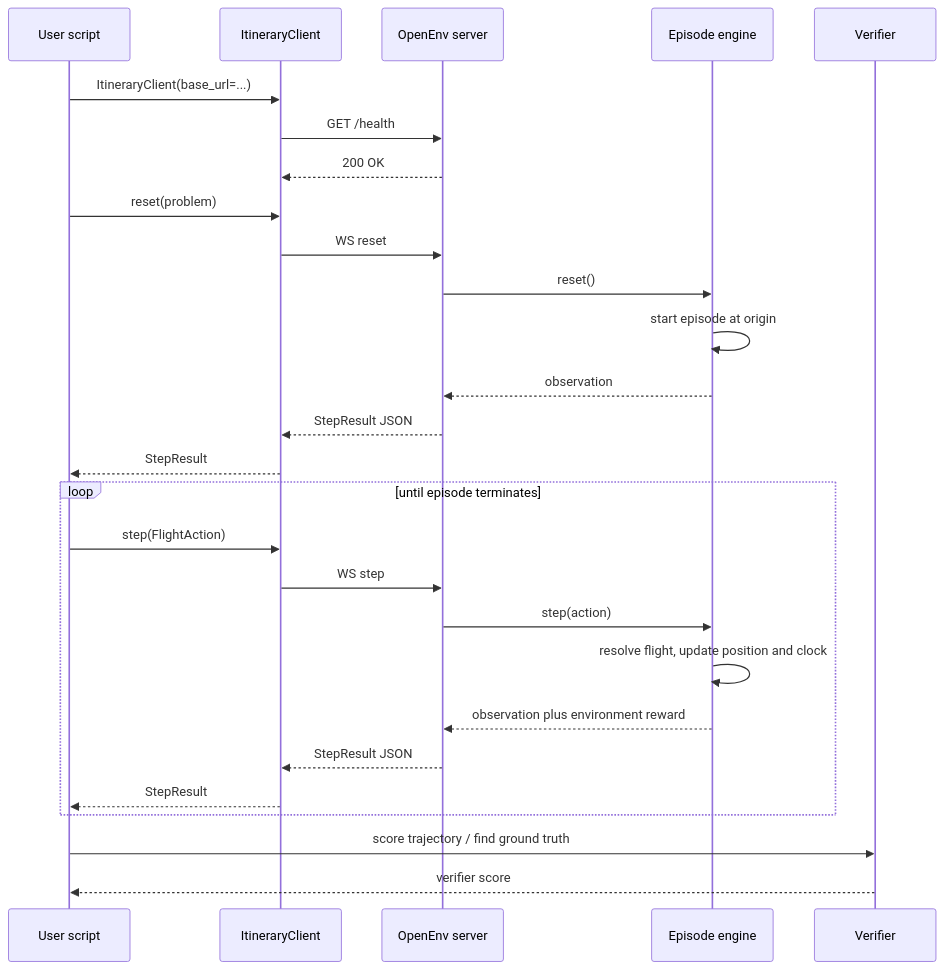
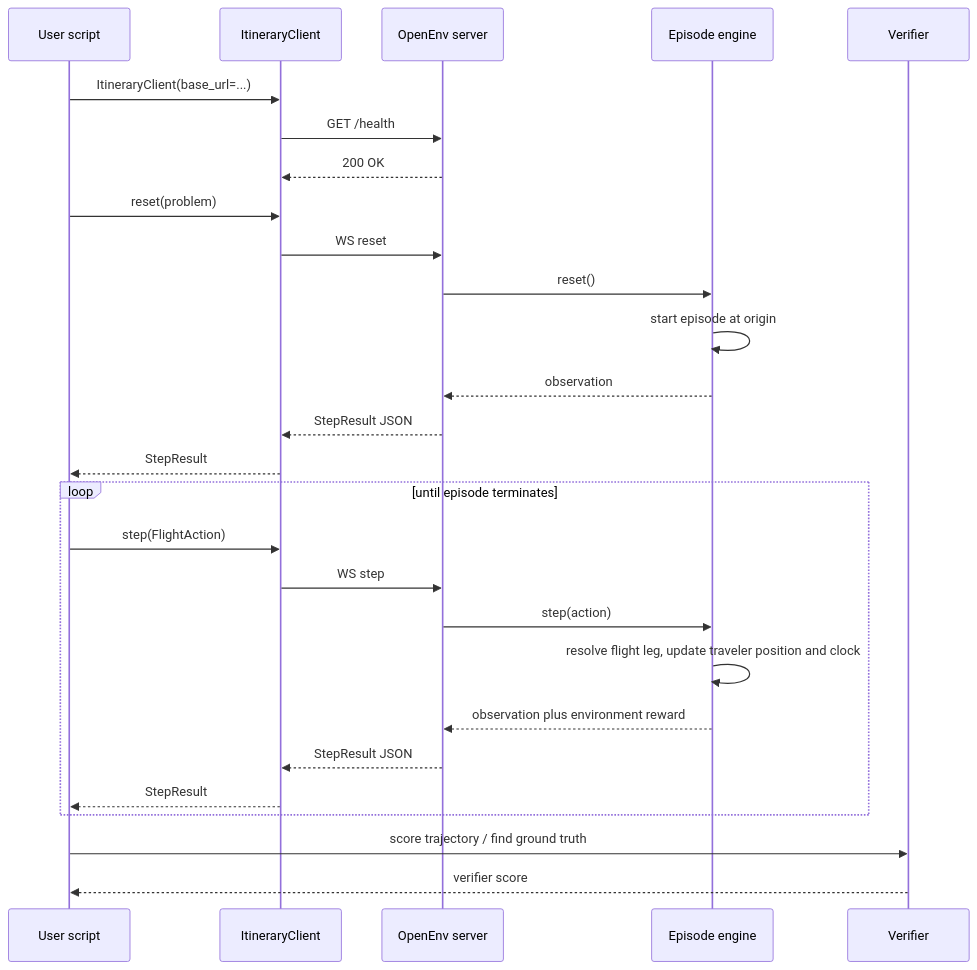
Before and after one commit to lsoros/itinerary-RL: the diagram in docs/spec.md, drawn with Mermaid.

````diff
--- a/docs/spec.md
+++ b/docs/spec.md
@@ -9,33 +9,33 @@
 ```mermaid
 sequenceDiagram
   participant Script as User script
   participant Client as ItineraryClient
   participant Server as OpenEnv server
   participant Engine as Episode engine
   participant Verifier as Verifier
 
   Script->>Client: ItineraryClient(base_url=...)
   Client->>Server: GET /health
   Server-->>Client: 200 OK
 
   Script->>Client: reset(problem)
   Client->>Server: WS reset
   Server->>Engine: reset()
   Engine->>Engine: start episode at origin
   Engine-->>Server: observation
   Server-->>Client: StepResult JSON
   Client-->>Script: StepResult
 
   loop until episode terminates
     Script->>Client: step(FlightAction)
     Client->>Server: WS step
     Server->>Engine: step(action)
-    Engine->>Engine: resolve flight, update position and clock
+    Engine->>Engine: resolve flight leg, update traveler position and clock
     Engine-->>Server: observation plus environment reward
     Server-->>Client: StepResult JSON
     Client-->>Script: StepResult
   end
 
   Script->>Verifier: score trajectory / find ground truth
   Verifier-->>Script: verifier score
 ```
````
